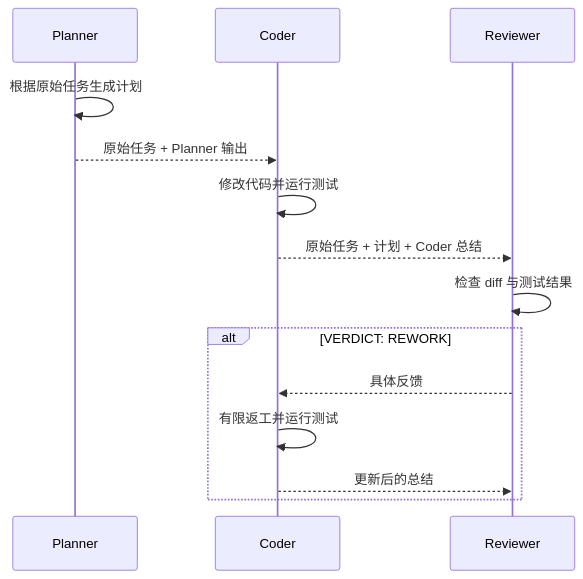
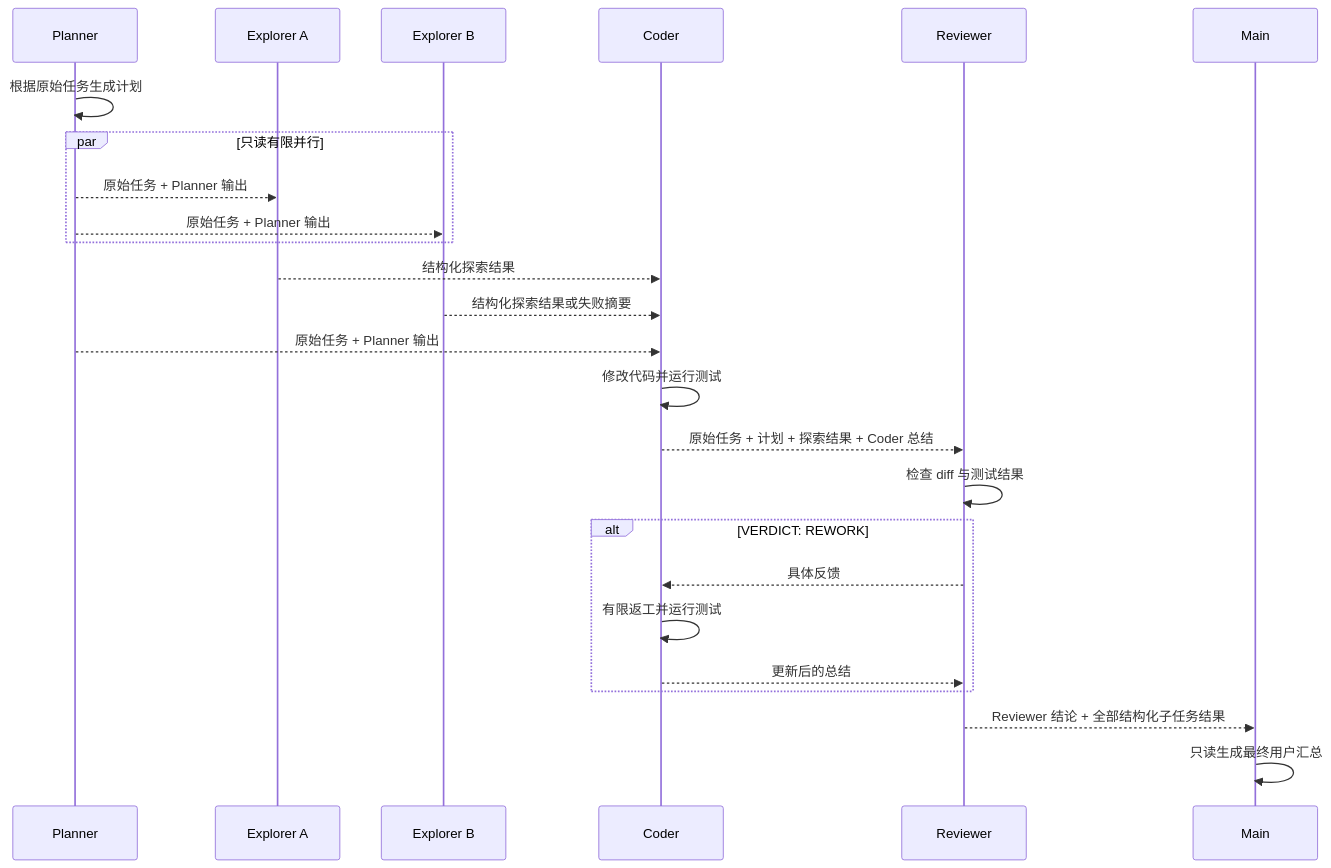
One commit to PinelliaChill/Operant changed the fourth of 4 diagrams in docs/PROJECT_ARCHITECTURE.md. Above: the diagram before and after it, drawn with Mermaid. The commit also changed other lines of this file and 5 other files, not shown here.

Commit message:
docs: document runtime and target architecture boundaries

````diff
--- a/docs/PROJECT_ARCHITECTURE.md
+++ b/docs/PROJECT_ARCHITECTURE.md
@@ -622,17 +822,28 @@
 ```mermaid
 sequenceDiagram
     participant P as Planner
+    participant E1 as Explorer A
+    participant E2 as Explorer B
     participant C as Coder
     participant R as Reviewer
+    participant M as Main
 
     P->>P: 根据原始任务生成计划
+    par 只读有限并行
+        P-->>E1: 原始任务 + Planner 输出
+        P-->>E2: 原始任务 + Planner 输出
+    end
+    E1-->>C: 结构化探索结果
+    E2-->>C: 结构化探索结果或失败摘要
     P-->>C: 原始任务 + Planner 输出
     C->>C: 修改代码并运行测试
-    C-->>R: 原始任务 + 计划 + Coder 总结
+    C-->>R: 原始任务 + 计划 + 探索结果 + Coder 总结
     R->>R: 检查 diff 与测试结果
     alt VERDICT: REWORK
         R-->>C: 具体反馈
         C->>C: 有限返工并运行测试
         C-->>R: 更新后的总结
     end
+    R-->>M: Reviewer 结论 + 全部结构化子任务结果
+    M->>M: 只读生成最终用户汇总
 ```
````
